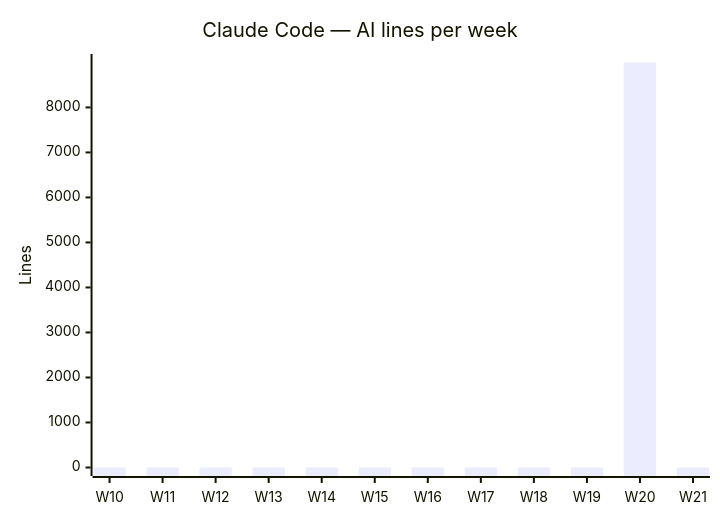
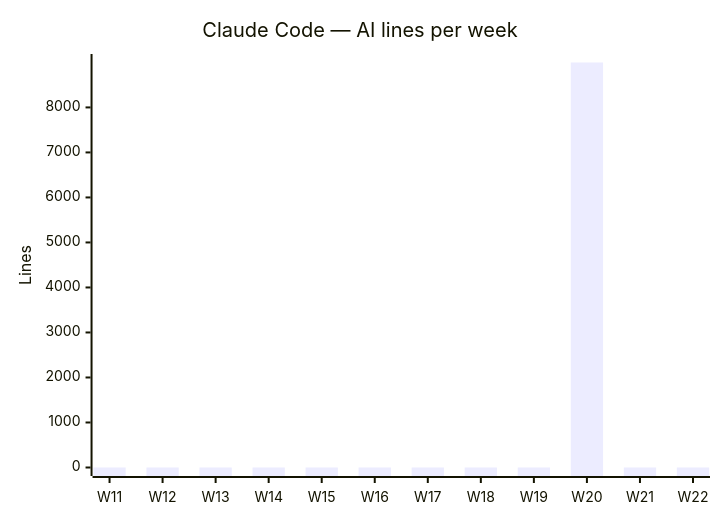
Before and after one commit to fromwaydowntown/ai-use: the second of 4 diagrams in docs/AI_USAGE.md, drawn with Mermaid. The commit also changed other lines of this file, not shown here.

````diff
--- a/docs/AI_USAGE.md
+++ b/docs/AI_USAGE.md
@@ -29,7 +29,7 @@
 ```mermaid
 xychart-beta
     title "Claude Code — AI lines per week"
-    x-axis ["W10", "W11", "W12", "W13", "W14", "W15", "W16", "W17", "W18", "W19", "W20", "W21"]
+    x-axis ["W11", "W12", "W13", "W14", "W15", "W16", "W17", "W18", "W19", "W20", "W21", "W22"]
     y-axis "Lines"
-    bar [0, 0, 0, 0, 0, 0, 0, 0, 0, 0, 8998, 0]
+    bar [0, 0, 0, 0, 0, 0, 0, 0, 0, 8998, 0, 0]
 ```
````
